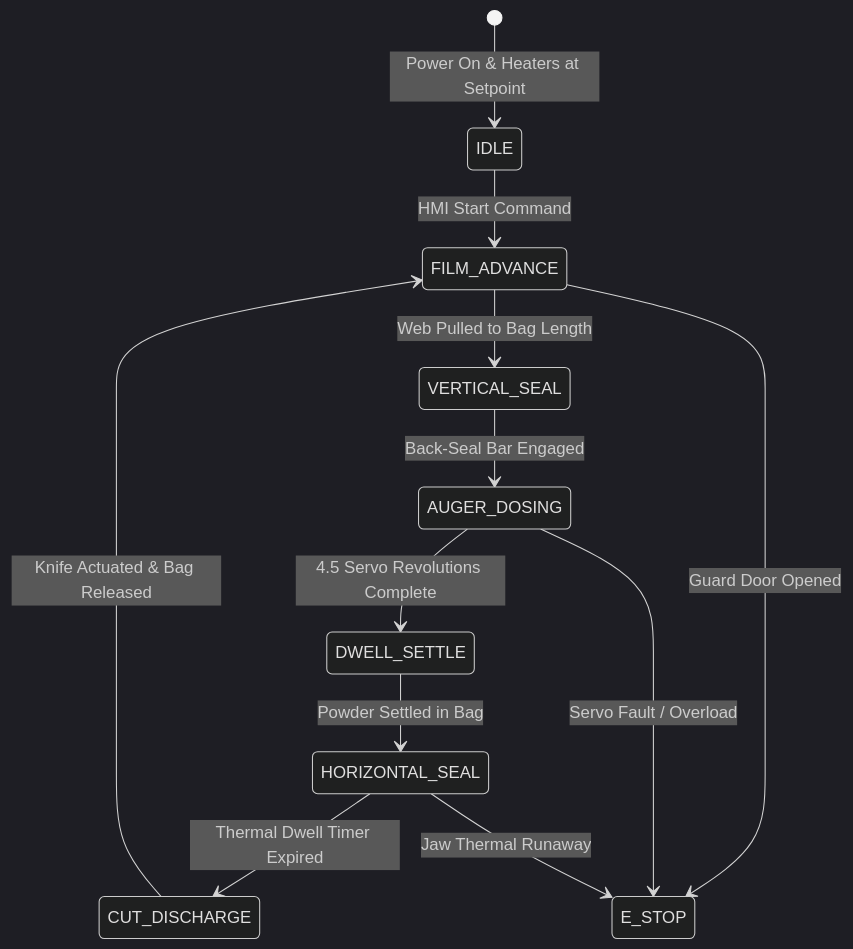
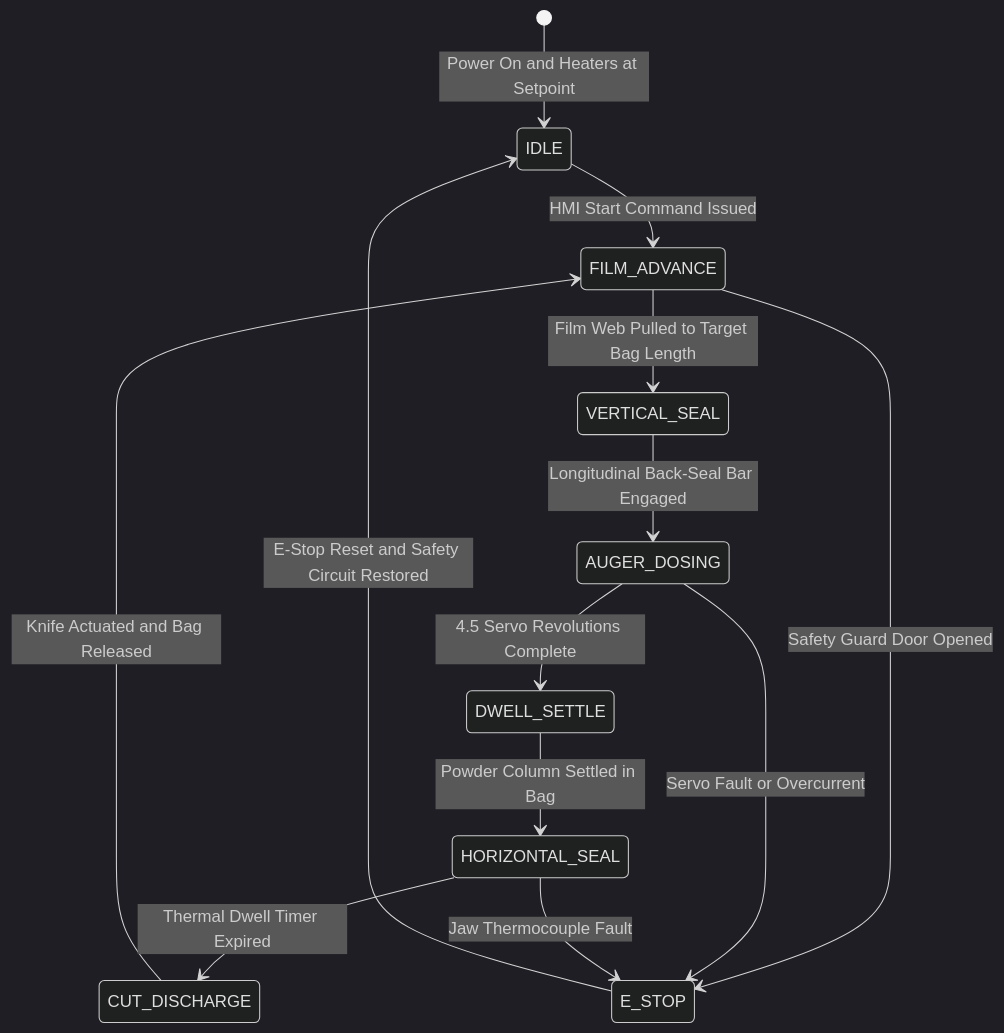
The second of 2 diagrams in README.md (Hassan-Moqbel/auger-filler-vffs-packaging-machine), drawn with Mermaid (dark theme) before and after one commit. The commit also changed other lines of this file and 2 other files, not shown here.

````diff
--- a/README.md
+++ b/README.md
@@ -87,19 +97,20 @@
 ```mermaid
 stateDiagram-v2
-    [*] --> IDLE : Power On & Heaters at Setpoint
+    [*] --> IDLE : Power On and Heaters at Setpoint
 
-    IDLE --> FILM_ADVANCE : HMI Start Command
-    FILM_ADVANCE --> VERTICAL_SEAL : Web Pulled to Bag Length
+    IDLE --> FILM_ADVANCE : HMI Start Command Issued
+    FILM_ADVANCE --> VERTICAL_SEAL : Film Web Pulled to Target Bag Length
 
-    VERTICAL_SEAL --> AUGER_DOSING : Back-Seal Bar Engaged
+    VERTICAL_SEAL --> AUGER_DOSING : Longitudinal Back-Seal Bar Engaged
     AUGER_DOSING --> DWELL_SETTLE : 4.5 Servo Revolutions Complete
 
-    DWELL_SETTLE --> HORIZONTAL_SEAL : Powder Settled in Bag
+    DWELL_SETTLE --> HORIZONTAL_SEAL : Powder Column Settled in Bag
     HORIZONTAL_SEAL --> CUT_DISCHARGE : Thermal Dwell Timer Expired
 
-    CUT_DISCHARGE --> FILM_ADVANCE : Knife Actuated & Bag Released
+    CUT_DISCHARGE --> FILM_ADVANCE : Knife Actuated and Bag Released
 
-    FILM_ADVANCE --> E_STOP : Guard Door Opened
-    AUGER_DOSING --> E_STOP : Servo Fault / Overload
-    HORIZONTAL_SEAL --> E_STOP : Jaw Thermal Runaway
+    FILM_ADVANCE --> E_STOP : Safety Guard Door Opened
+    AUGER_DOSING --> E_STOP : Servo Fault or Overcurrent
+    HORIZONTAL_SEAL --> E_STOP : Jaw Thermocouple Fault
+    E_STOP --> IDLE : E-Stop Reset and Safety Circuit Restored
 ```
````
